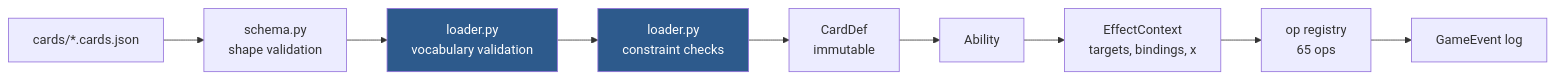
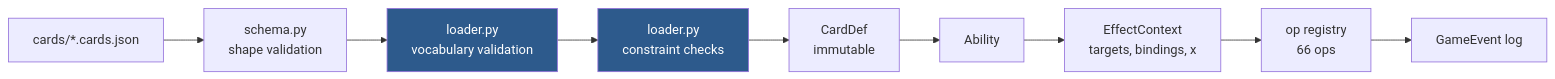
One commit to TylerGauntlett/commander-blitz changed the diagram in docs/card-dsl.md. Above: the diagram before and after it, drawn with Mermaid. The commit also changed other lines of this file and 9 other files, not shown here.

````diff
--- a/docs/card-dsl.md
+++ b/docs/card-dsl.md
@@ -6,14 +6,14 @@
 ```mermaid
 flowchart LR
     json["cards/*.cards.json"] --> pydantic["schema.py<br/>shape validation"]
     pydantic --> vocab["loader.py<br/>vocabulary validation"]
     vocab --> constraints["loader.py<br/>constraint checks"]
     constraints --> carddef["CardDef<br/>immutable"]
     carddef --> ability["Ability"]
     ability --> ctx["EffectContext<br/>targets, bindings, x"]
-    ctx --> ops["op registry<br/>65 ops"]
+    ctx --> ops["op registry<br/>66 ops"]
     ops --> events["GameEvent log"]
 
     style vocab fill:#2d5a8c,color:#fff
     style constraints fill:#2d5a8c,color:#fff
 ```
````
